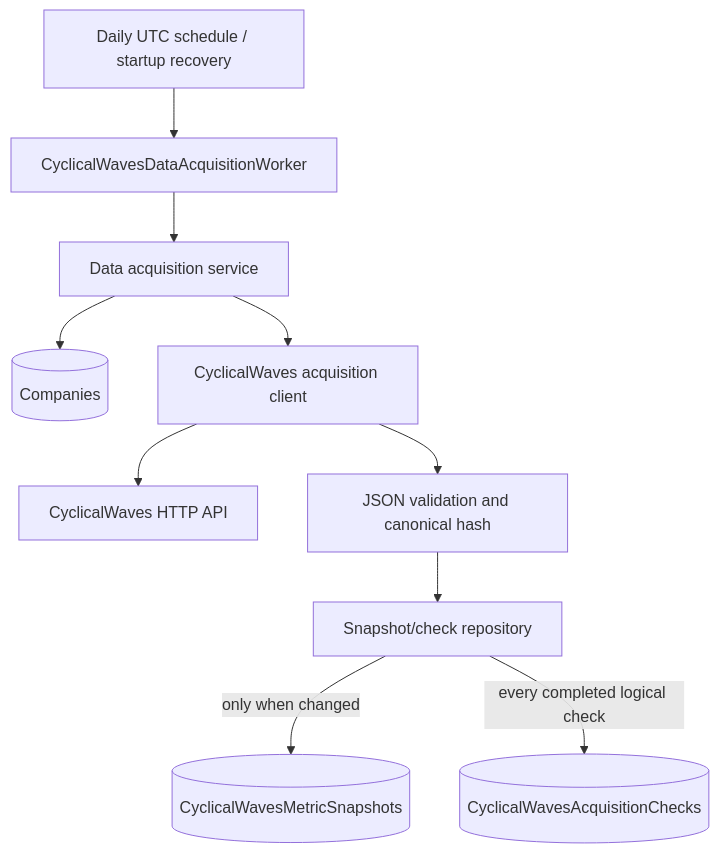
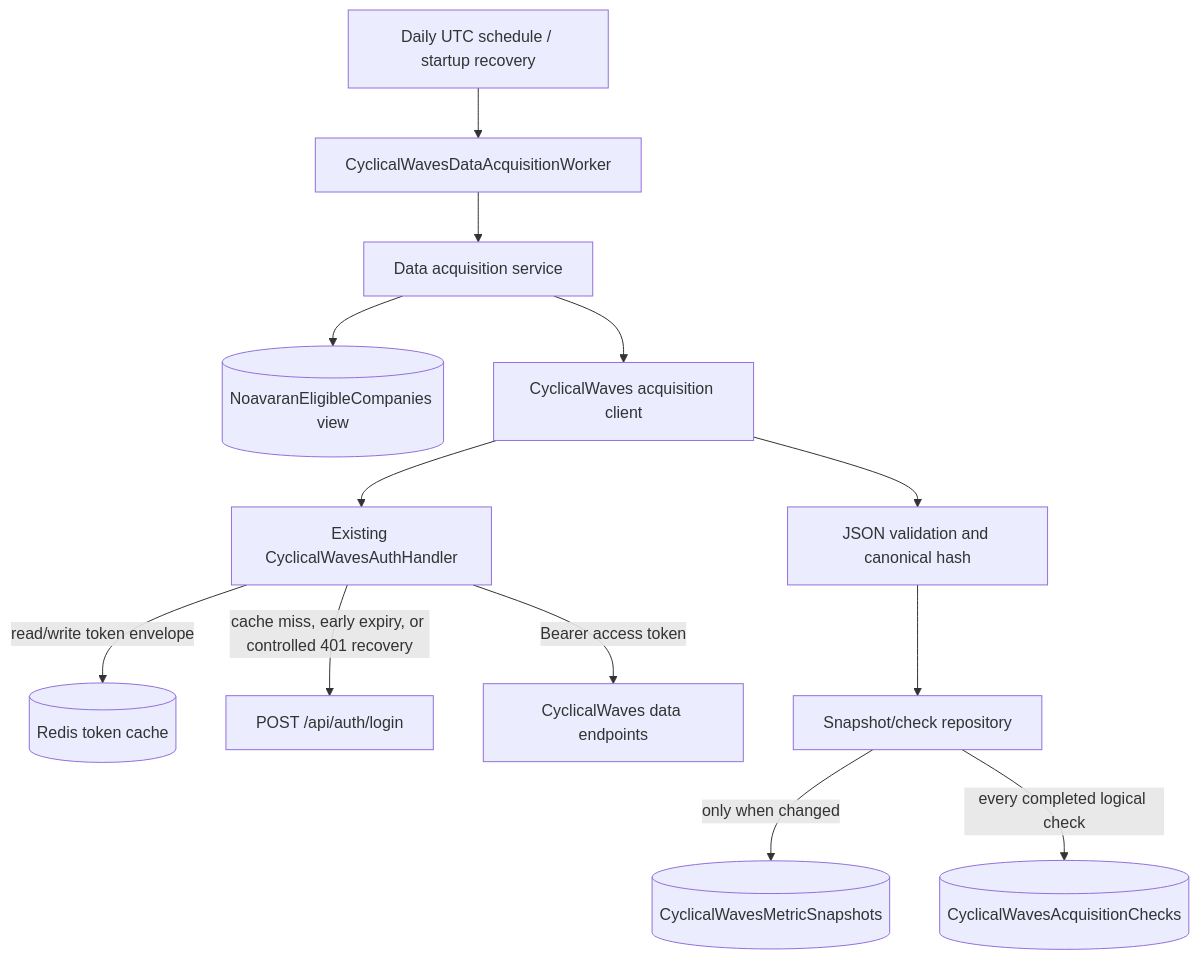
One commit to Rayan1392/financial-copilot changed the first of 3 diagrams in specs/127-cyclicalwaves-data-acquisition/design.md. Above: the diagram before and after it, drawn with Mermaid. The commit also changed other lines of this file and 35 other files, not shown here.

````diff
--- a/specs/127-cyclicalwaves-data-acquisition/design.md
+++ b/specs/127-cyclicalwaves-data-acquisition/design.md
@@ -71,23 +72,29 @@
 ```mermaid
 flowchart TD
     Scheduler[Daily UTC schedule / startup recovery]
     Worker[CyclicalWavesDataAcquisitionWorker]
     Service[Data acquisition service]
-    Catalog[(Companies)]
+    EligibleCompanies[(NoavaranEligibleCompanies view)]
     Client[CyclicalWaves acquisition client]
-    Provider[CyclicalWaves HTTP API]
+    Auth[Existing CyclicalWavesAuthHandler]
+    TokenCache[(Redis token cache)]
+    Login[POST /api/auth/login]
+    Provider[CyclicalWaves data endpoints]
     Canonicalizer[JSON validation and canonical hash]
     Repository[Snapshot/check repository]
     Snapshots[(CyclicalWavesMetricSnapshots)]
     Checks[(CyclicalWavesAcquisitionChecks)]
 
     Scheduler --> Worker
     Worker --> Service
-    Service --> Catalog
+    Service --> EligibleCompanies
     Service --> Client
-    Client --> Provider
+    Client --> Auth
+    Auth -->|read/write token envelope| TokenCache
+    Auth -->|cache miss, early expiry, or controlled 401 recovery| Login
+    Auth -->|Bearer access token| Provider
     Client --> Canonicalizer
     Canonicalizer --> Repository
     Repository -->|only when changed| Snapshots
     Repository -->|every completed logical check| Checks
 ```
````
